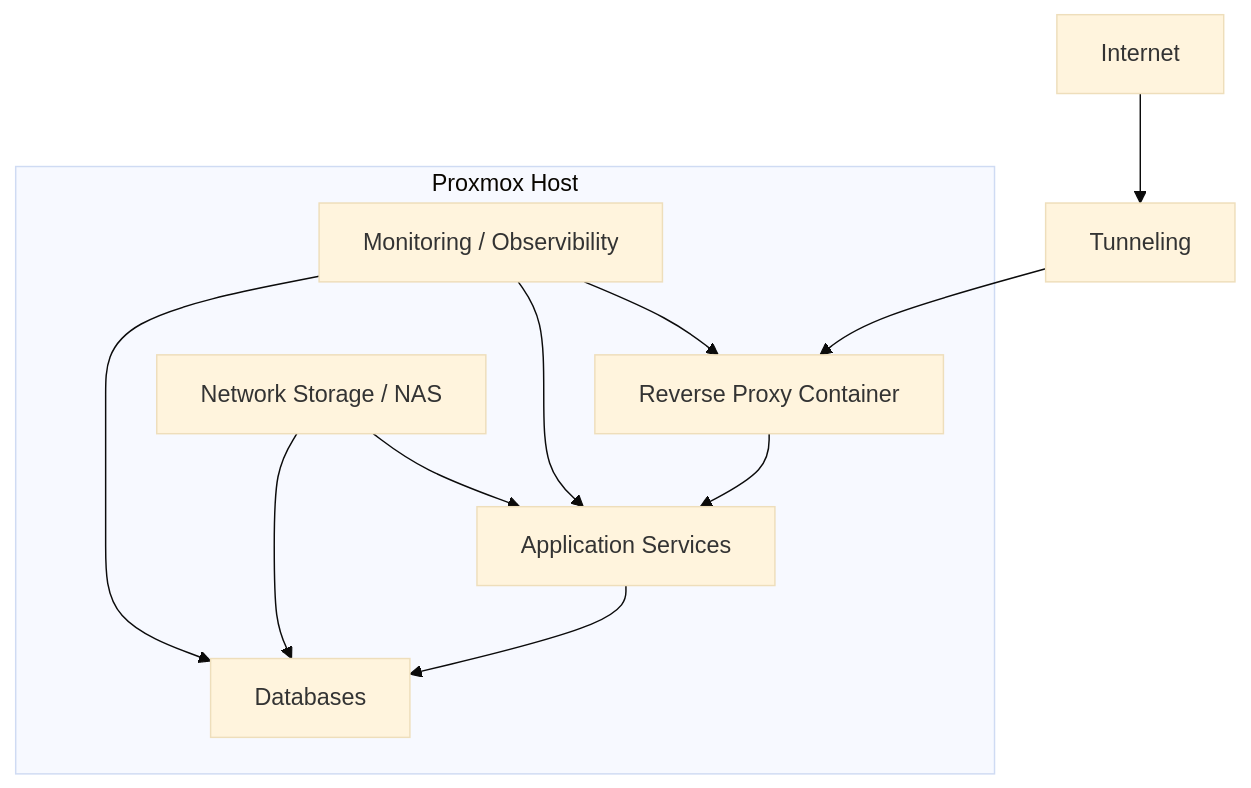
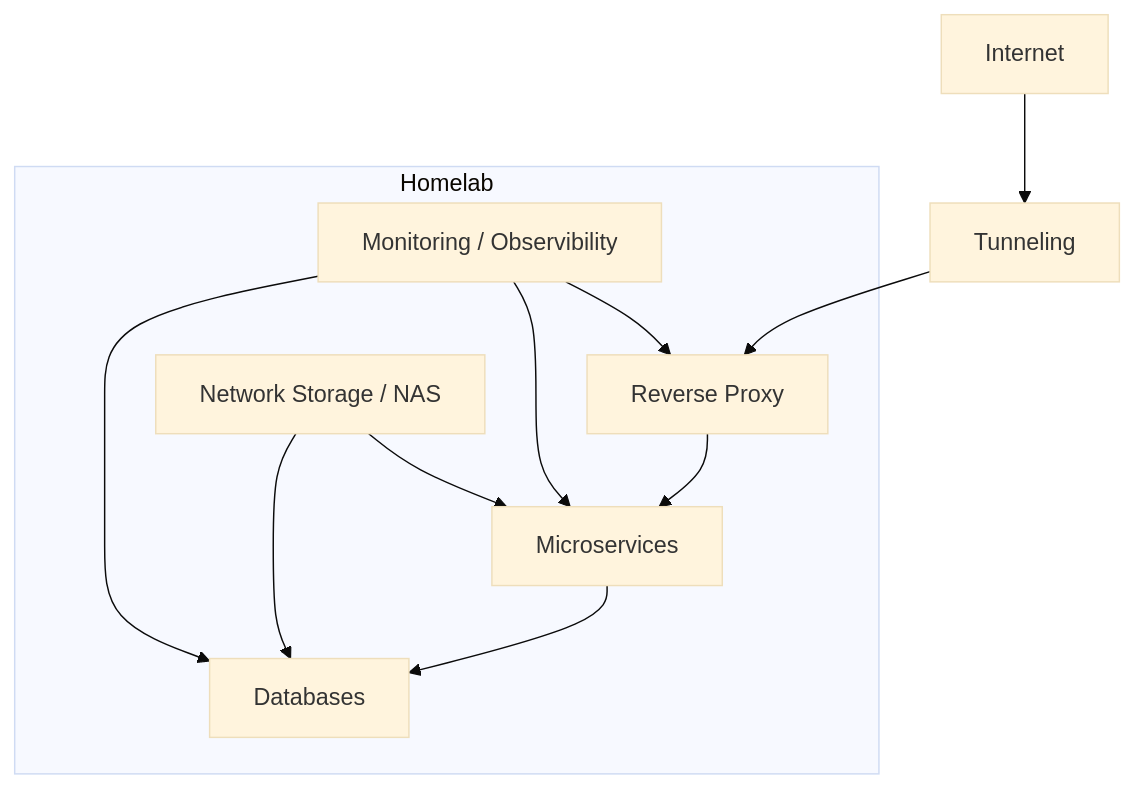
Before and after one commit to Umi4Life/umi4.life: the first of 3 diagrams in content/posts/building-proxmox-homelab/index.md, drawn with Mermaid (base theme). The commit also changed other lines of this file, not shown here.

````diff
--- a/content/posts/building-proxmox-homelab/index.md
+++ b/content/posts/building-proxmox-homelab/index.md
@@ -16,21 +16,21 @@
 ```mermaid
 flowchart TD
 
     %% Entry
     A[Internet] --> B[Tunneling]
-    B --> C[Reverse Proxy Container]
+    B --> C[Reverse Proxy]
 
     %% Core
-    subgraph Proxmox Host
-        C --> D[Application Services]
+    subgraph Homelab
+        C --> D[Microservices]
         D --> E[Databases]
         F[Network Storage / NAS] --> D
         F --> E
         G[Monitoring / Observibility]
     end
 
     %% Observability
     G --> C
     G --> D
     G --> E
 ```
````
